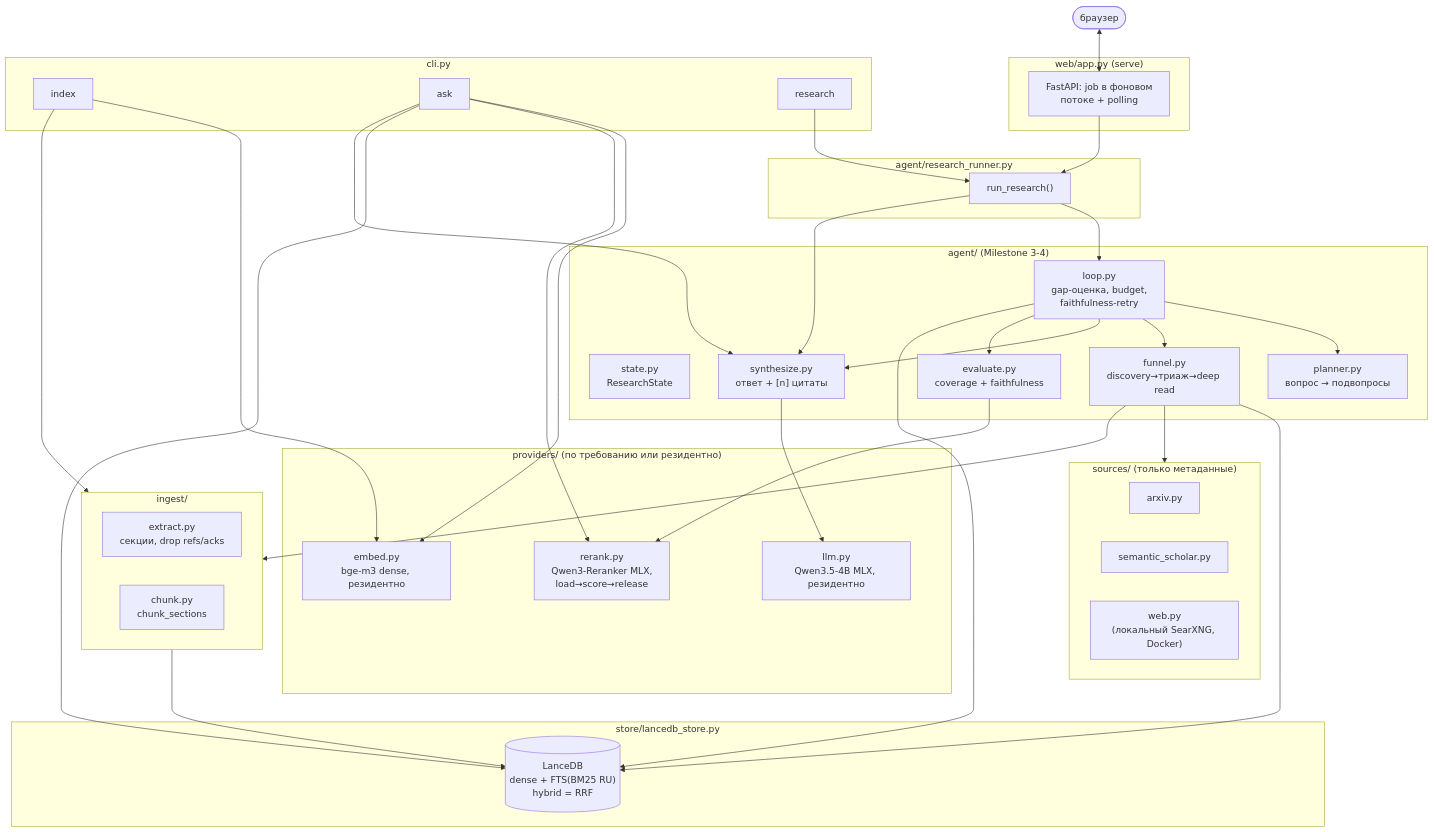
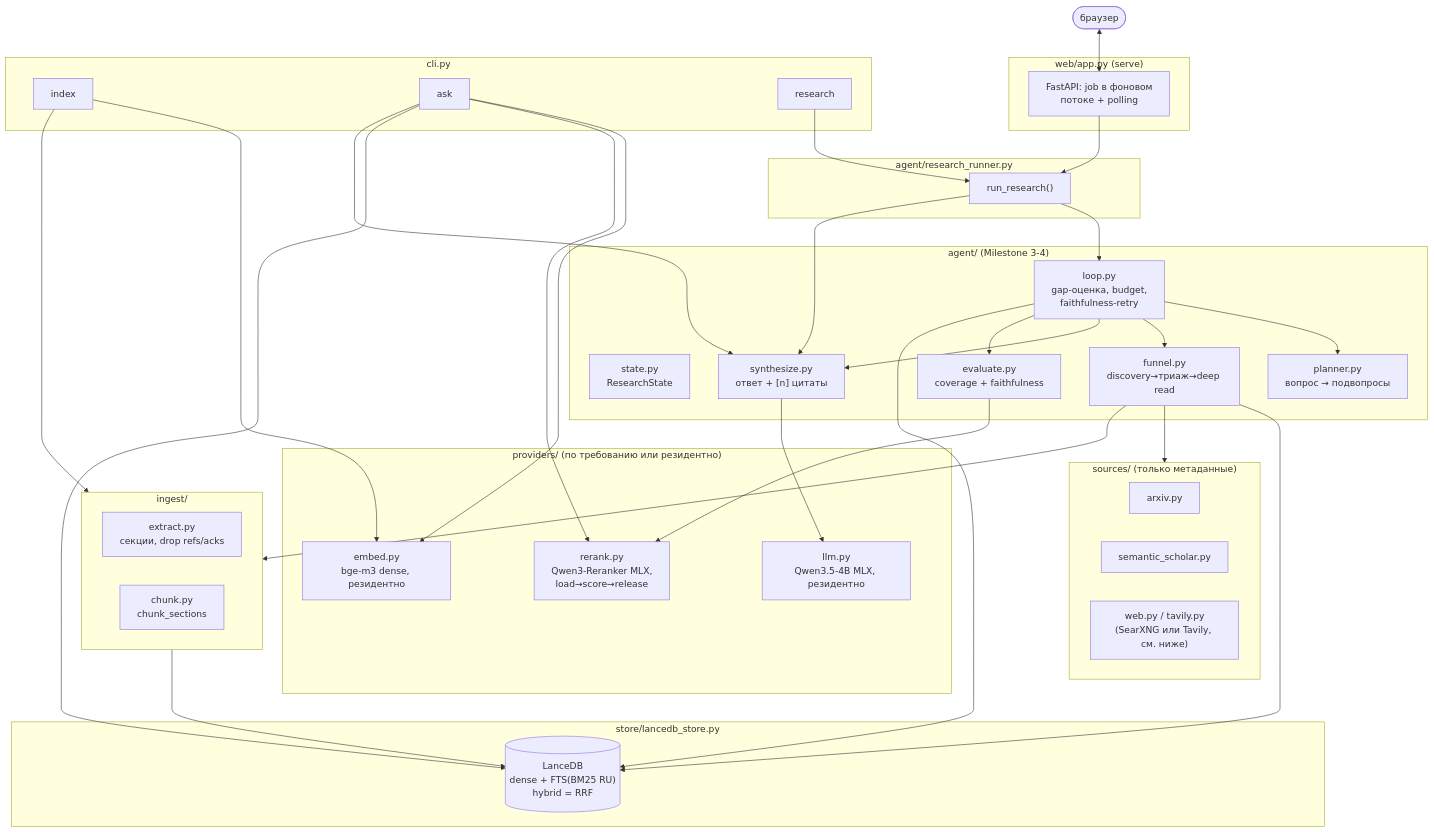
Before and after one commit to lucenticus/local-research-agent: the diagram in README.md, drawn with Mermaid. The commit also changed other lines of this file and 11 other files, not shown here.

First line of the commit message:
Add Tavily as the preferred web source (SearXNG's engines are unreliable)

````diff
--- a/README.md
+++ b/README.md
@@ -28,65 +28,65 @@
 ```mermaid
 flowchart TB
     browser(["браузер"])
 
     subgraph web["web/app.py (serve)"]
         fastapi["FastAPI: job в фоновом<br/>потоке + polling"]
     end
 
     subgraph cli["cli.py"]
         index["index"]
         ask["ask"]
         research["research"]
     end
 
     subgraph runner["agent/research_runner.py"]
         rr["run_research()"]
     end
 
     subgraph providers["providers/ (по требованию или резидентно)"]
         embed["embed.py<br/>bge-m3 dense, резидентно"]
         llm["llm.py<br/>Qwen3.5-4B MLX, резидентно"]
         rerank["rerank.py<br/>Qwen3-Reranker MLX,<br/>load→score→release"]
     end
 
     subgraph store["store/lancedb_store.py"]
         lance[("LanceDB<br/>dense + FTS(BM25 RU)<br/>hybrid = RRF")]
     end
 
     subgraph ingest["ingest/"]
         extract["extract.py<br/>секции, drop refs/acks"]
         chunk["chunk.py<br/>chunk_sections"]
     end
 
     subgraph agent["agent/ (Milestone 3-4)"]
         state["state.py<br/>ResearchState"]
         planner["planner.py<br/>вопрос → подвопросы"]
         funnel["funnel.py<br/>discovery→триаж→deep read"]
         loop["loop.py<br/>gap-оценка, budget,<br/>faithfulness-retry"]
         synth["synthesize.py<br/>ответ + [n] цитаты"]
         eval["evaluate.py<br/>coverage + faithfulness"]
     end
 
     subgraph sources["sources/ (только метаданные)"]
         arxiv["arxiv.py"]
         s2["semantic_scholar.py"]
-        websearch["web.py<br/>(локальный SearXNG, Docker)"]
+        websearch["web.py / tavily.py<br/>(SearXNG или Tavily, см. ниже)"]
     end
 
     browser <--> fastapi
     fastapi --> rr
     research --> rr
     rr --> loop
     rr --> synth
 
     index --> ingest --> lance
     index --> embed
     ask --> embed & rerank & lance & synth
     loop --> planner & funnel & synth & eval
     funnel --> sources
     funnel --> ingest
     funnel --> lance
     loop --> lance
     eval --> rerank
     synth --> llm
 ```
````
